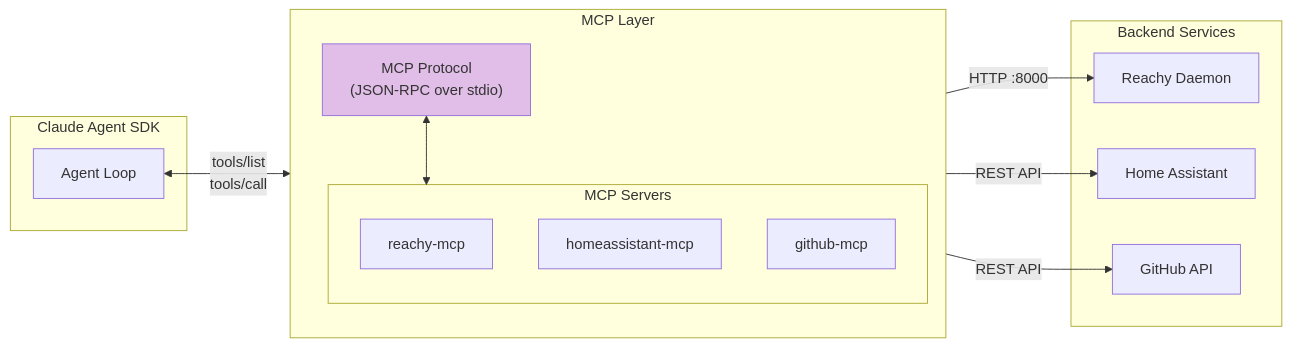
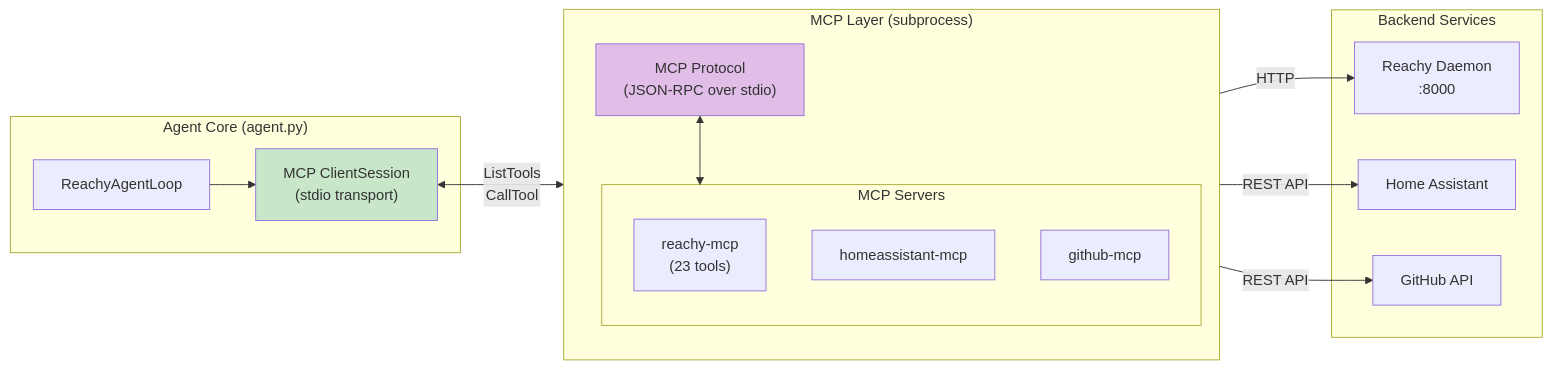
The fourth of 11 diagrams in docs/architecture/overview.md (jawhnycooke/claude-in-the-shell), drawn with Mermaid before and after one commit. The commit also changed other lines of this file and 99 other files, not shown here.

First line of the commit message:
feat: Add native SDK emotions and expand to 23 MCP tools

````diff
--- a/docs/architecture/overview.md
+++ b/docs/architecture/overview.md
@@ -144,31 +145,34 @@
 ```mermaid
 flowchart LR
-    subgraph Claude["Claude Agent SDK"]
-        SDK["Agent Loop"]
+    subgraph Agent["Agent Core (agent.py)"]
+        SDK["ReachyAgentLoop"]
+        CLIENT["MCP ClientSession<br/>(stdio transport)"]
     end
 
-    subgraph MCP["MCP Layer"]
+    subgraph MCP["MCP Layer (subprocess)"]
         direction TB
         PROTO["MCP Protocol<br/>(JSON-RPC over stdio)"]
 
         subgraph Servers["MCP Servers"]
-            R["reachy-mcp"]
+            R["reachy-mcp<br/>(23 tools)"]
             H["homeassistant-mcp"]
             G["github-mcp"]
         end
     end
 
     subgraph Backends["Backend Services"]
-        RD["Reachy Daemon"]
+        RD["Reachy Daemon<br/>:8000"]
         HA["Home Assistant"]
         GH["GitHub API"]
     end
 
-    SDK <-->|"tools/list<br/>tools/call"| PROTO
+    SDK --> CLIENT
+    CLIENT <-->|"ListTools<br/>CallTool"| PROTO
     PROTO <--> Servers
-    R -->|HTTP :8000| RD
+    R -->|HTTP| RD
     H -->|REST API| HA
     G -->|REST API| GH
 
     style PROTO fill:#e1bee7
+    style CLIENT fill:#c8e6c9
 ```
````
